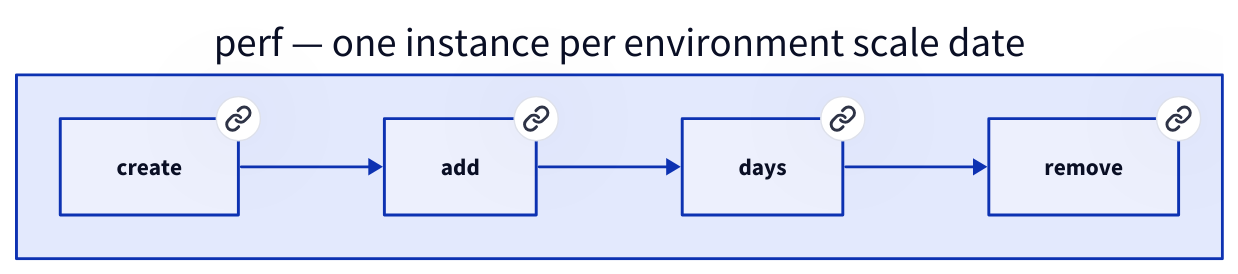
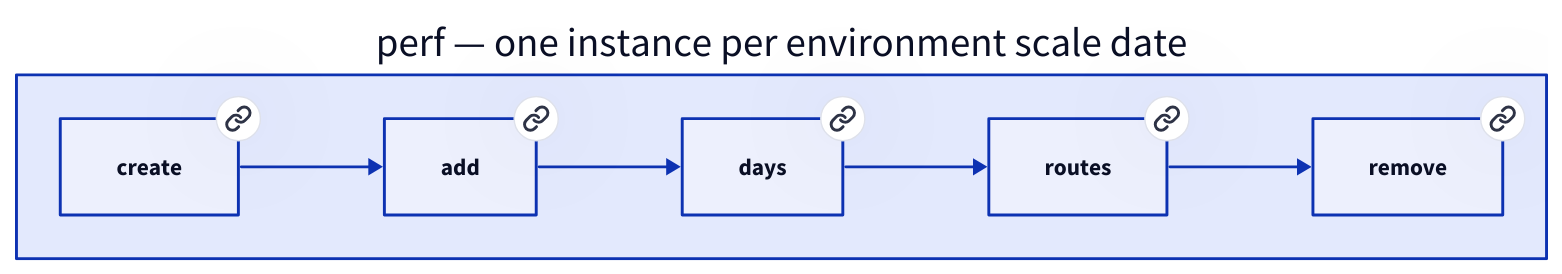
Before and after one commit to drummonds/gobank-deploy: the diagram in perf-workflow.d2, drawn with D2. The commit also changed 19 other files, not shown here.

First line of the commit message:
Perf runs keep the routes' counts and p95; routes over versions page (#35)

```diff
--- a/perf-workflow.d2
+++ b/perf-workflow.d2
@@ -1,9 +1,10 @@
 direction: right
 
 perf: "perf — one instance per environment scale date" {
   create: "create" {link: "https://git.bytestone.uk/hum3/gobank-deploy/src/branch/main/internal/flows/perf.go"}
   add: "add" {link: "https://git.bytestone.uk/hum3/gobank-deploy/src/branch/main/internal/flows/perf.go"}
   days: "days" {link: "https://git.bytestone.uk/hum3/gobank-deploy/src/branch/main/internal/flows/perf.go"}
+  routes: "routes" {link: "https://git.bytestone.uk/hum3/gobank-deploy/src/branch/main/internal/flows/perf.go"}
   remove: "remove" {link: "https://git.bytestone.uk/hum3/gobank-deploy/src/branch/main/internal/flows/perf.go"}
-  create -> add -> days -> remove
+  create -> add -> days -> routes -> remove
 }
```
